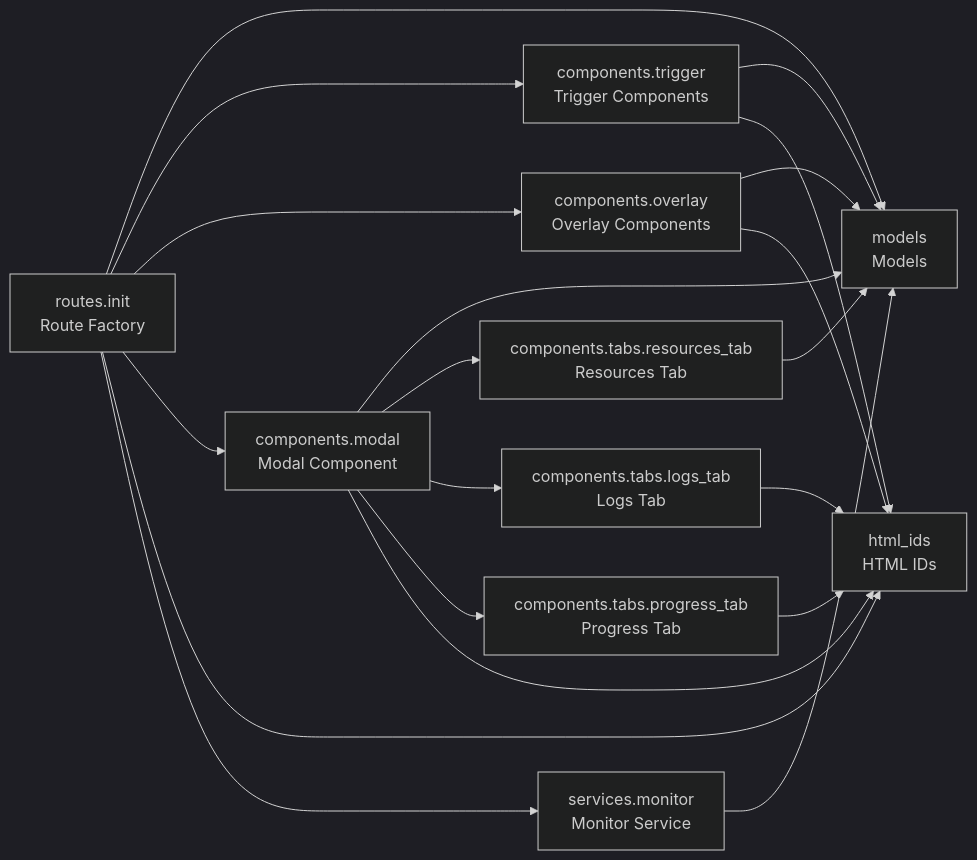
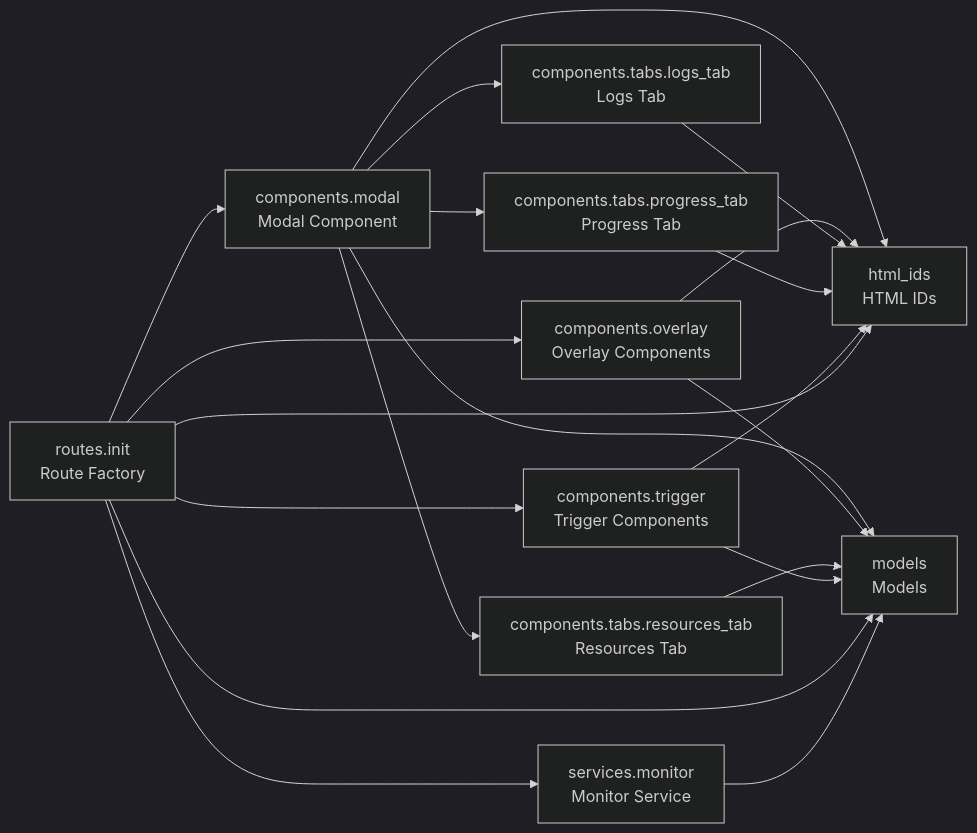
The diagram in README.md (cj-mills/cjm-fasthtml-job-monitor), drawn with Mermaid (dark theme) before and after one commit. The commit also changed other lines of this file and 3 other files, not shown here.

````diff
--- a/README.md
+++ b/README.md
@@ -34,33 +34,33 @@
 ``` mermaid
 graph LR
     components_modal[components.modal<br/>Modal Component]
     components_overlay[components.overlay<br/>Overlay Components]
     components_tabs_logs_tab[components.tabs.logs_tab<br/>Logs Tab]
     components_tabs_progress_tab[components.tabs.progress_tab<br/>Progress Tab]
     components_tabs_resources_tab[components.tabs.resources_tab<br/>Resources Tab]
     components_trigger[components.trigger<br/>Trigger Components]
     html_ids[html_ids<br/>HTML IDs]
     models[models<br/>Models]
     routes_init[routes.init<br/>Route Factory]
     services_monitor[services.monitor<br/>Monitor Service]
 
+    components_modal --> components_tabs_progress_tab
     components_modal --> models
+    components_modal --> html_ids
+    components_modal --> components_tabs_logs_tab
     components_modal --> components_tabs_resources_tab
-    components_modal --> components_tabs_logs_tab
-    components_modal --> components_tabs_progress_tab
-    components_modal --> html_ids
+    components_overlay --> html_ids
     components_overlay --> models
-    components_overlay --> html_ids
     components_tabs_logs_tab --> html_ids
     components_tabs_progress_tab --> html_ids
     components_tabs_resources_tab --> models
+    components_trigger --> html_ids
     components_trigger --> models
-    components_trigger --> html_ids
-    routes_init --> models
-    routes_init --> components_trigger
     routes_init --> components_overlay
     routes_init --> components_modal
+    routes_init --> services_monitor
+    routes_init --> models
     routes_init --> html_ids
-    routes_init --> services_monitor
+    routes_init --> components_trigger
     services_monitor --> models
 ```
````
